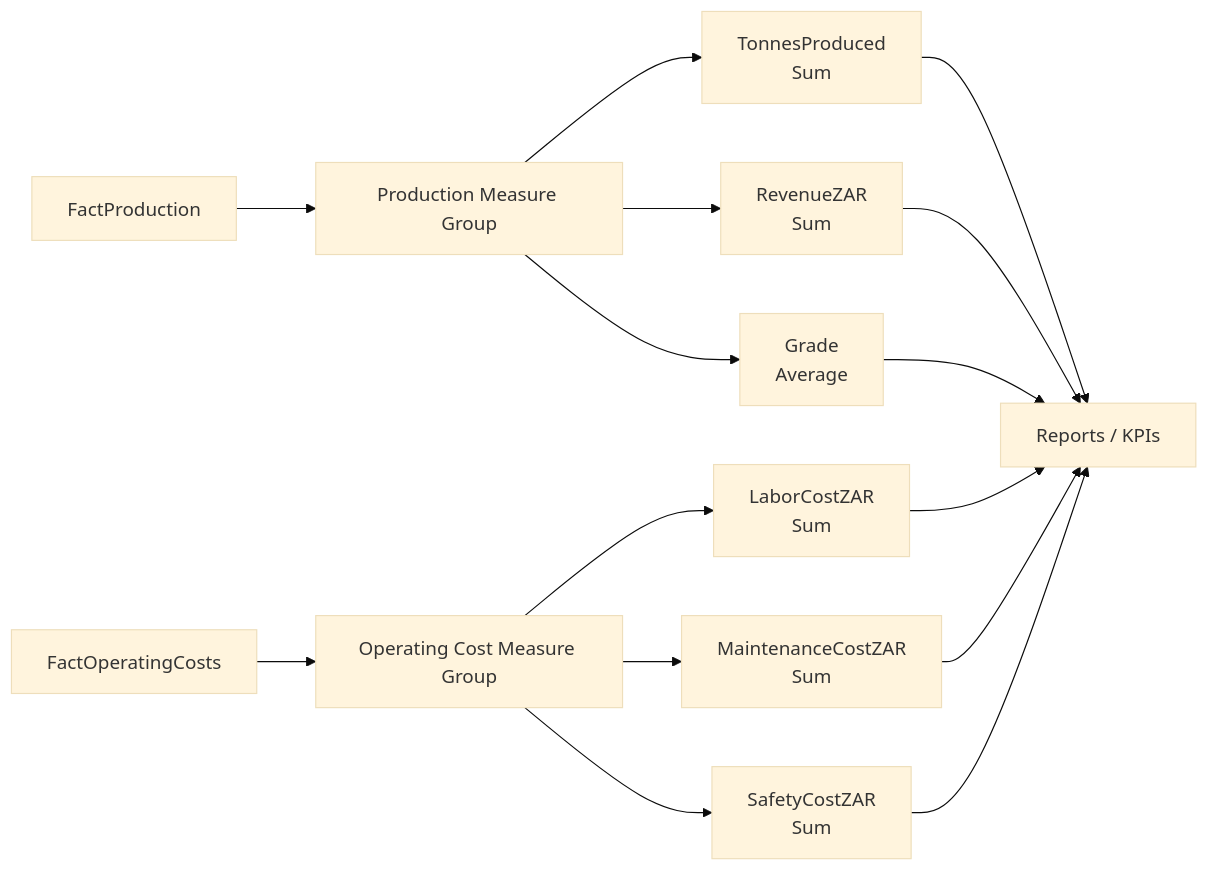
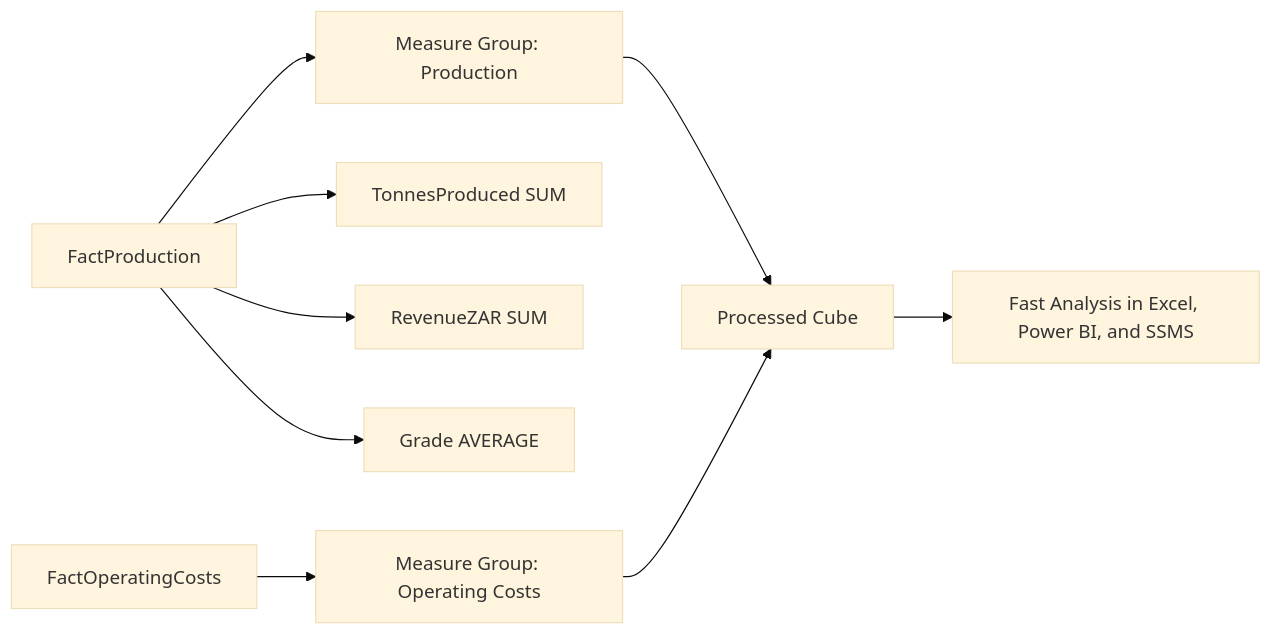
One commit to kumbulanit/SSAS-Fundamentals-SQL-Server-Analysis-Services changed the first of 5 diagrams in Day-01/measures-measure-groups-and-aggregations/measures-measure-groups-and-aggregations-theory.md. Above: the diagram before and after it, drawn with Mermaid (base theme). The commit also changed other lines of this file and 23 other files, not shown here.

````diff
--- a/Day-01/measures-measure-groups-and-aggregations/measures-measure-groups-and-aggregations-theory.md
+++ b/Day-01/measures-measure-groups-and-aggregations/measures-measure-groups-and-aggregations-theory.md
@@ -405,20 +266,11 @@
 ```mermaid
 flowchart LR
-   FP[FactProduction] --> MPG1[Production Measure Group]
-   FC[FactOperatingCosts] --> MPG2[Operating Cost Measure Group]
-
-   MPG1 --> M1[TonnesProduced\nSum]
-   MPG1 --> M2[RevenueZAR\nSum]
-   MPG1 --> M3[Grade\nAverage]
-
-   MPG2 --> C1[LaborCostZAR\nSum]
-   MPG2 --> C2[MaintenanceCostZAR\nSum]
-   MPG2 --> C3[SafetyCostZAR\nSum]
-
-   M1 --> R[Reports / KPIs]
-   M2 --> R
-   M3 --> R
-   C1 --> R
-   C2 --> R
-   C3 --> R
+    A[FactProduction] --> B[Measure Group: Production]
+    A --> C[TonnesProduced SUM]
+    A --> D[RevenueZAR SUM]
+    A --> E[Grade AVERAGE]
+    F[FactOperatingCosts] --> G[Measure Group: Operating Costs]
+    B --> H[Processed Cube]
+    G --> H
+    H --> I[Fast Analysis in Excel, Power BI, and SSMS]
 ```
````
